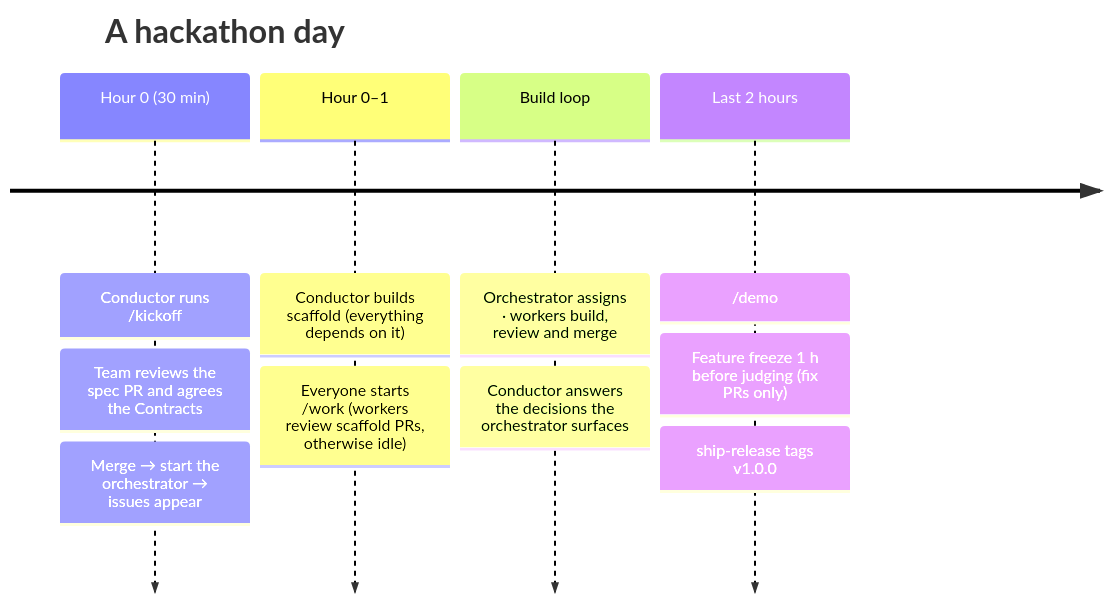
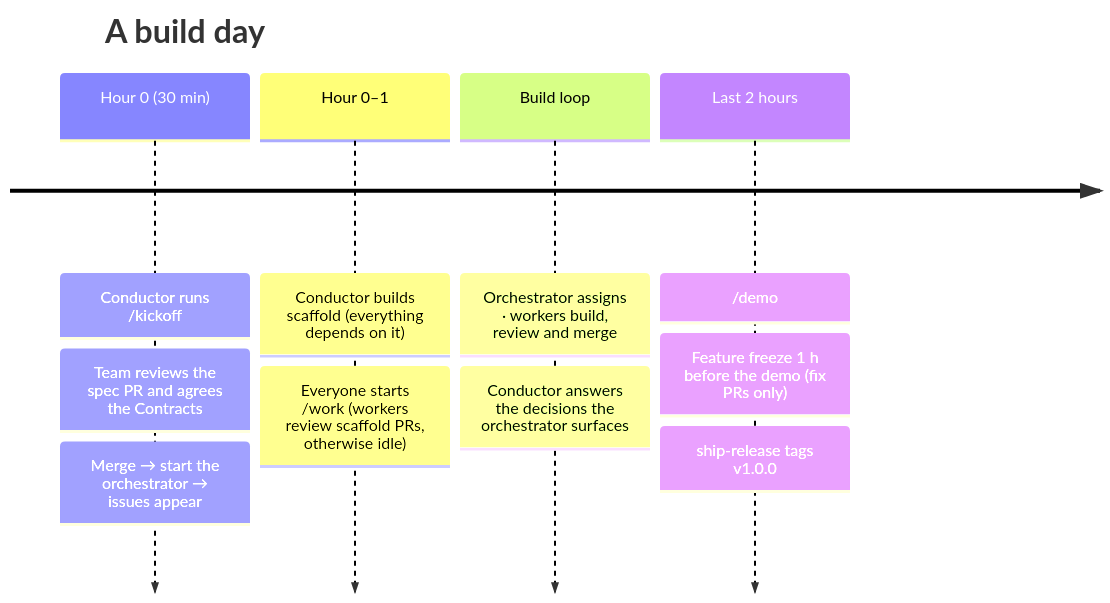
Before and after one commit to KKogaa/hackathon-sdlc-kit: the diagram in docs/playbook.md, drawn with Mermaid. The commit also changed other lines of this file and 22 other files, not shown here.

````diff
--- a/docs/playbook.md
+++ b/docs/playbook.md
@@ -5,14 +5,14 @@
 ```mermaid
 timeline
-    title A hackathon day
+    title A build day
     Hour 0 (30 min) : Conductor runs /kickoff
                     : Team reviews the spec PR and agrees the Contracts
                     : Merge → start the orchestrator → issues appear
     Hour 0–1        : Conductor builds scaffold (everything depends on it)
                     : Everyone starts /work (workers review scaffold PRs, otherwise idle)
     Build loop      : Orchestrator assigns · workers build, review and merge
                     : Conductor answers the decisions the orchestrator surfaces
     Last 2 hours    : /demo
-                    : Feature freeze 1 h before judging (fix PRs only)
+                    : Feature freeze 1 h before the demo (fix PRs only)
                     : ship-release tags v1.0.0
 ```
````
